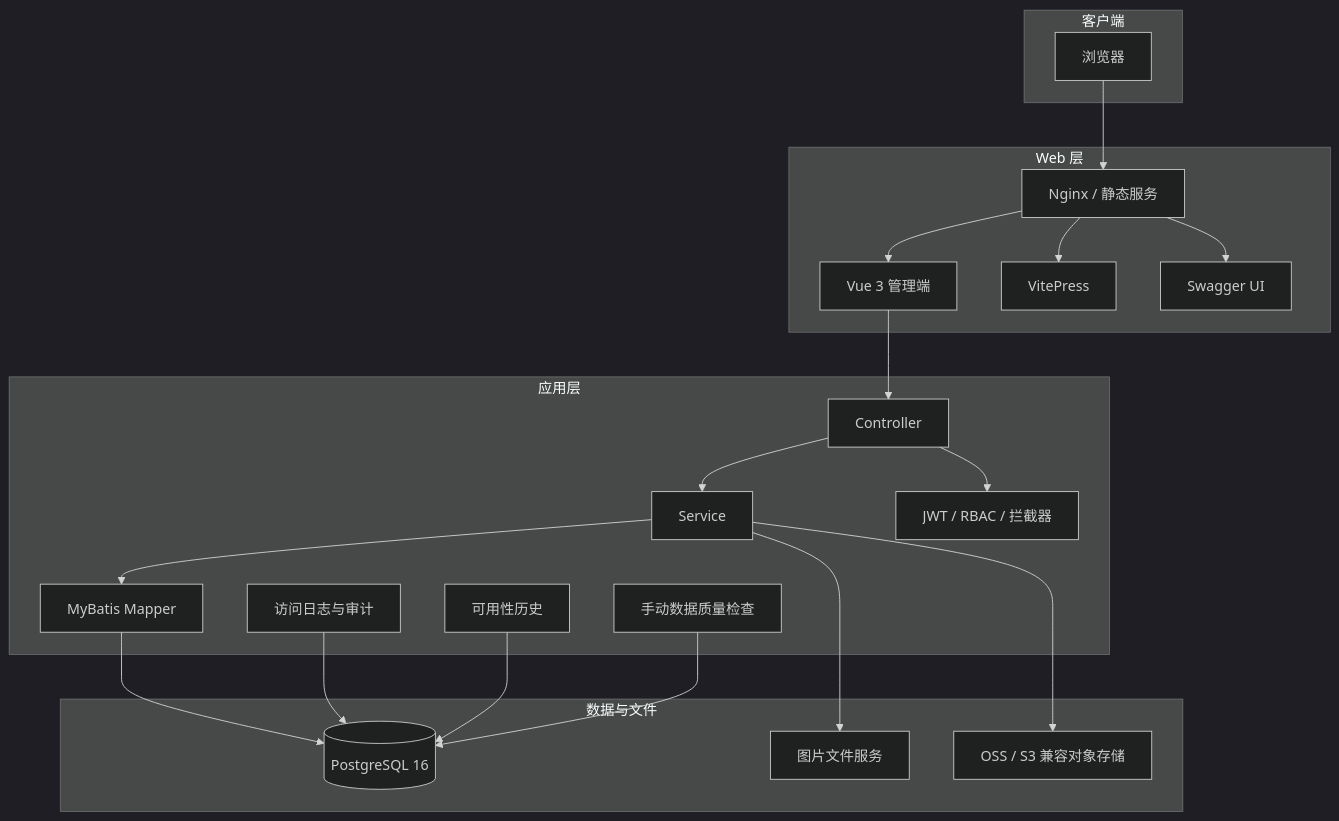
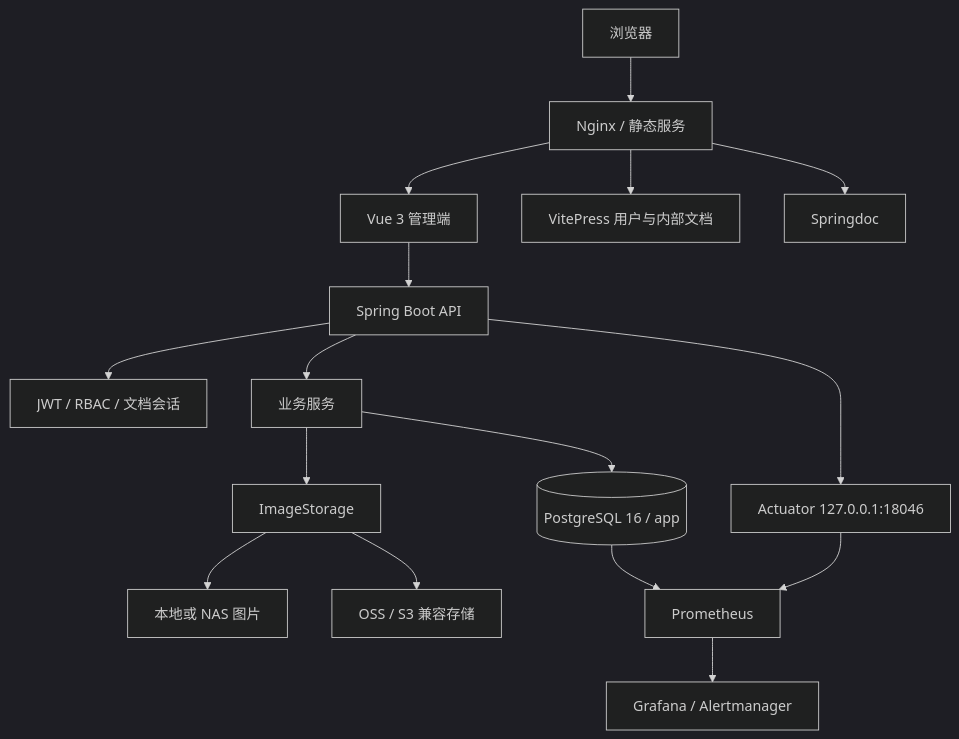
Before and after one commit to weepwood/MRR: the first of 2 diagrams in vitepress-doc/internal/architecture.md, drawn with Mermaid (dark theme). The commit also changed other lines of this file, not shown here.

````diff
--- a/vitepress-doc/internal/architecture.md
+++ b/vitepress-doc/internal/architecture.md
@@ -9,40 +9,34 @@
 ```mermaid
 flowchart TB
-  subgraph Client[客户端]
-    Browser[浏览器]
-  end
-  subgraph Web[Web 层]
-    Nginx[Nginx / 静态服务]
-    Vue[Vue 3 管理端]
-    Docs[VitePress]
-    Swagger[Swagger UI]
-  end
-  subgraph App[应用层]
-    Controller[Controller]
-    Service[Service]
-    Mapper[MyBatis Mapper]
-    Security[JWT / RBAC / 拦截器]
-    Audit[访问日志与审计]
-    Status[可用性历史]
-    Quality[手动数据质量检查]
-  end
-  subgraph Data[数据与文件]
-    PostgreSQL[(PostgreSQL 16)]
-    ImageService[图片文件服务]
-    OSS[OSS / S3 兼容对象存储]
-  end
+  Browser[浏览器]
+  Nginx[Nginx / 静态服务]
+  Vue[Vue 3 管理端]
+  Docs[VitePress 用户与内部文档]
+  Swagger[Springdoc]
+  API[Spring Boot API]
+  Security[JWT / RBAC / 文档会话]
+  Service[业务服务]
+  Storage[ImageStorage]
+  PG[(PostgreSQL 16 / app)]
+  Local[本地或 NAS 图片]
+  OSS[OSS / S3 兼容存储]
+  Actuator[Actuator 127.0.0.1:18046]
+  Prometheus[Prometheus]
+  Grafana[Grafana / Alertmanager]
+
   Browser --> Nginx
   Nginx --> Vue
   Nginx --> Docs
   Nginx --> Swagger
-  Vue --> Controller
-  Controller --> Security
-  Controller --> Service
-  Service --> Mapper
-  Mapper --> PostgreSQL
-  Service --> ImageService
-  Service --> OSS
-  Audit --> PostgreSQL
-  Status --> PostgreSQL
-  Quality --> PostgreSQL
+  Vue --> API
+  API --> Security
+  API --> Service
+  Service --> PG
+  Service --> Storage
+  Storage --> Local
+  Storage --> OSS
+  API --> Actuator
+  Actuator --> Prometheus
+  PG --> Prometheus
+  Prometheus --> Grafana
 ```
````
